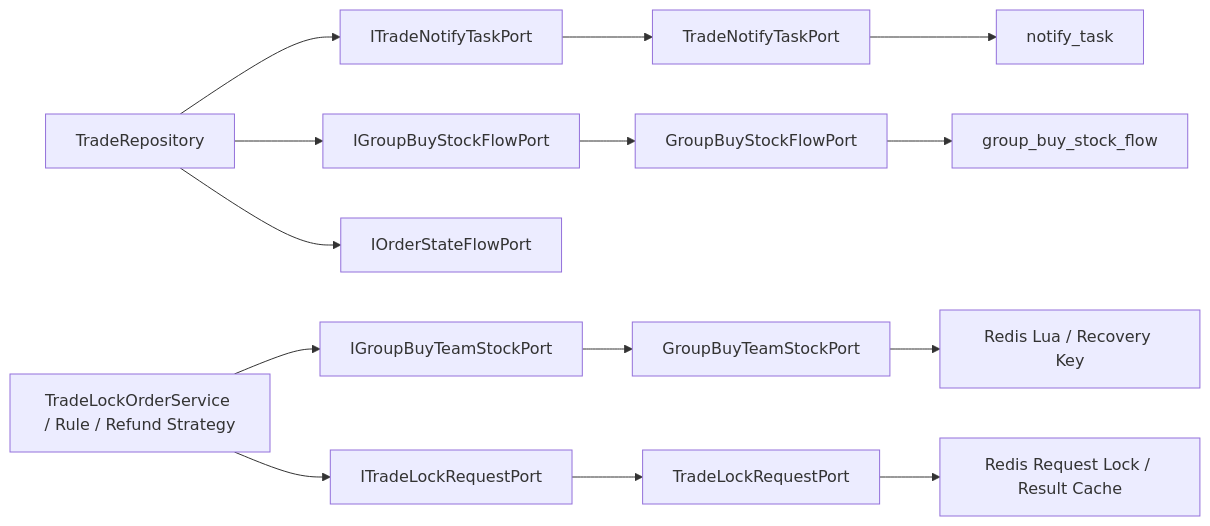
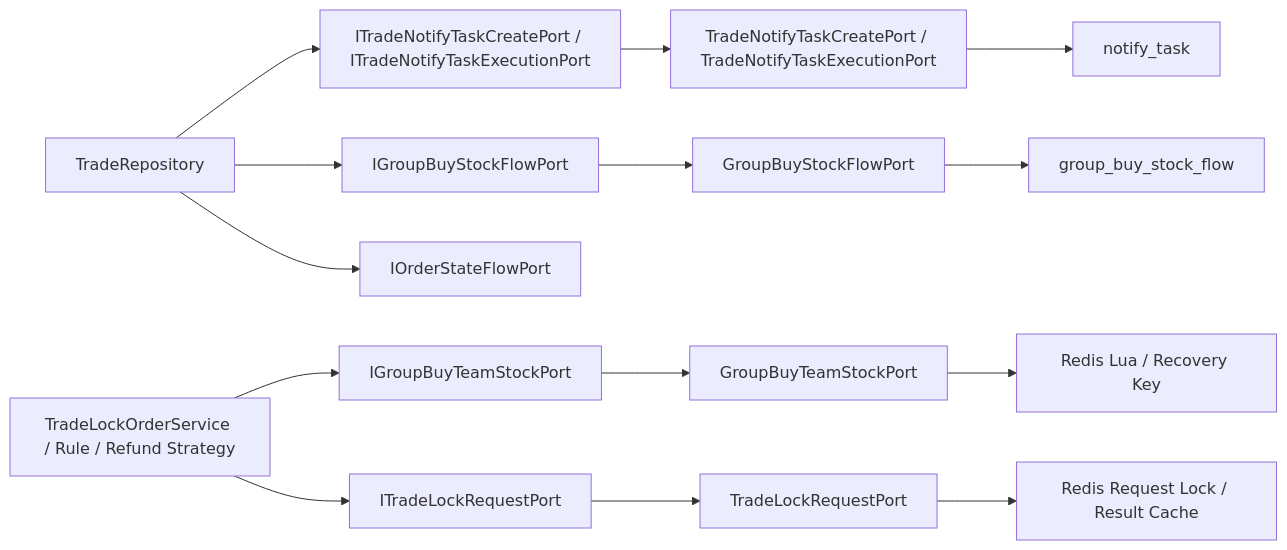
The diagram in docs/sdd/2026-05-30-trade-repository-split.md (qsyy0921/my_ecommerce), drawn with Mermaid before and after one commit. The commit also changed other lines of this file and 18 other files, not shown here.

Commit message:
refactor: split trade notify task ports

````diff
--- a/docs/sdd/2026-05-30-trade-repository-split.md
+++ b/docs/sdd/2026-05-30-trade-repository-split.md
@@ -23,16 +23,16 @@
 ```mermaid
 flowchart LR
-    A["TradeRepository"] --> B["ITradeNotifyTaskPort"]
+    A["TradeRepository"] --> B["ITradeNotifyTaskCreatePort / ITradeNotifyTaskExecutionPort"]
     A --> C["IGroupBuyStockFlowPort"]
     A --> D["IOrderStateFlowPort"]
     I["TradeLockOrderService / Rule / Refund Strategy"] --> J["IGroupBuyTeamStockPort"]
     I --> M["ITradeLockRequestPort"]
-    B --> E["TradeNotifyTaskPort"]
+    B --> E["TradeNotifyTaskCreatePort / TradeNotifyTaskExecutionPort"]
     C --> F["GroupBuyStockFlowPort"]
     J --> K["GroupBuyTeamStockPort"]
     M --> N["TradeLockRequestPort"]
     E --> G["notify_task"]
     F --> H["group_buy_stock_flow"]
     K --> L["Redis Lua / Recovery Key"]
     N --> O["Redis Request Lock / Result Cache"]
 ```
````
